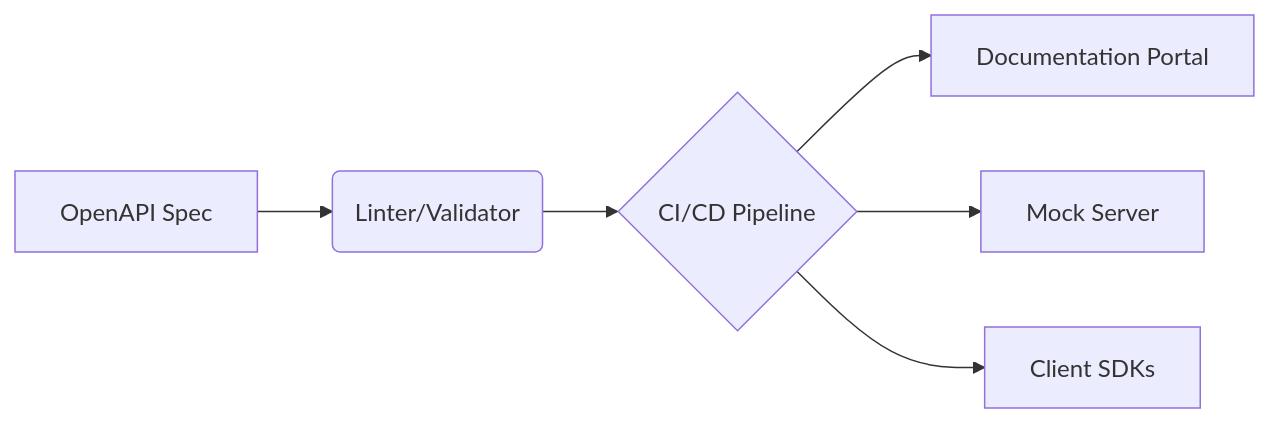
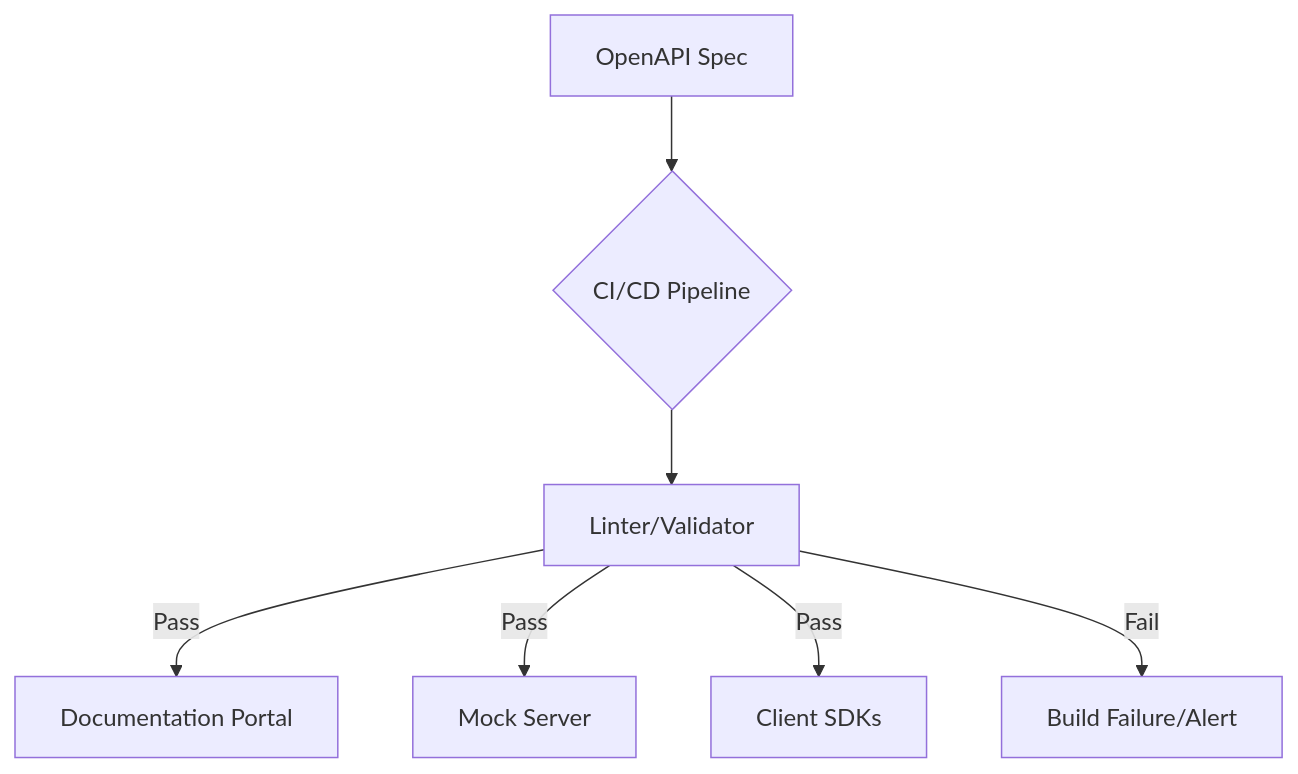
Before and after one commit to vaishvanara/techwritingkb: the diagram in docs/industry-terms/api-documentation.md, drawn with Mermaid. The commit also changed other lines of this file and 51 other files, not shown here.

````diff
--- a/docs/industry-terms/api-documentation.md
+++ b/docs/industry-terms/api-documentation.md
@@ -19,8 +19,9 @@
 ```mermaid
-graph LR
-    A[OpenAPI Spec] --> B(Linter/Validator)
-    B --> C{CI/CD Pipeline}
-    C --> D[Documentation Portal]
-    C --> E[Mock Server]
-    C --> F[Client SDKs]
+graph TD
+    A[OpenAPI Spec] --> B{CI/CD Pipeline}
+    B --> C[Linter/Validator]
+    C -- Pass --> D[Documentation Portal]
+    C -- Pass --> E[Mock Server]
+    C -- Pass --> F[Client SDKs]
+    C -- Fail --> G[Build Failure/Alert]
 ```
````
